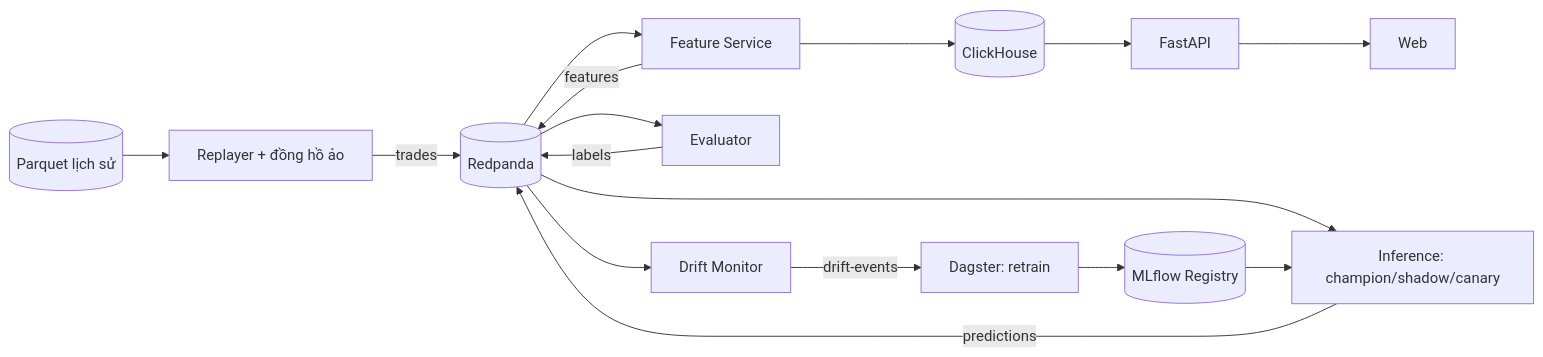
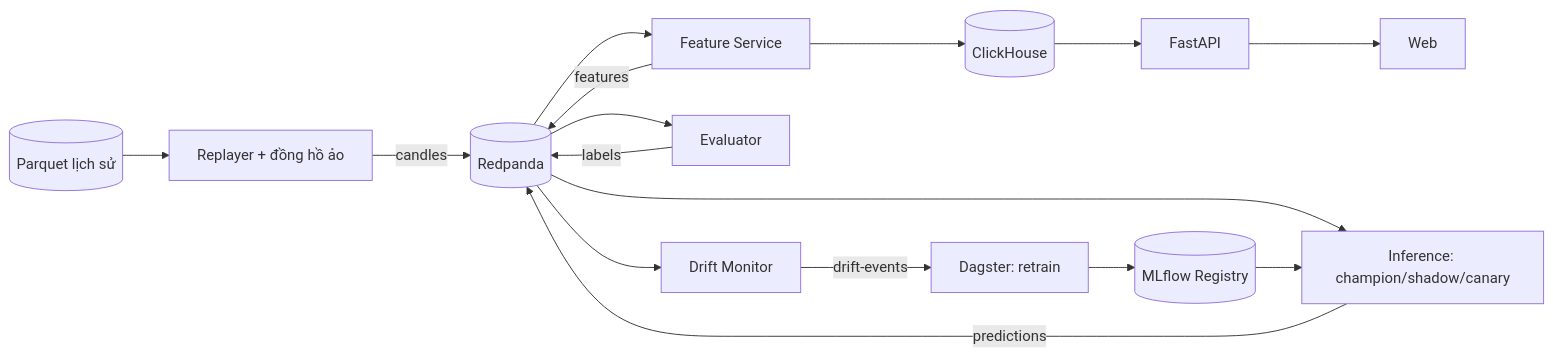
The diagram in docs/architecture/README.md (MinhLight2406/CryptoPulse), drawn with Mermaid before and after one commit. The commit also changed 13 other files, not shown here.

Commit message:
feat(replayer): add candle event schema and replayer

````diff
--- a/docs/architecture/README.md
+++ b/docs/architecture/README.md
@@ -3,18 +3,18 @@
 ```mermaid
 flowchart LR
   P[(Parquet lịch sử)] --> R[Replayer + đồng hồ ảo]
-  R -->|trades| K[(Redpanda)]
+  R -->|candles| K[(Redpanda)]
   K --> F[Feature Service]
   F -->|features| K
   F --> CH[(ClickHouse)]
   K --> I[Inference: champion/shadow/canary]
   ML[(MLflow Registry)] --> I
   I -->|predictions| K
   K --> E[Evaluator]
   E -->|labels| K
   K --> D[Drift Monitor]
   D -->|drift-events| DG[Dagster: retrain]
   DG --> ML
   CH --> API[FastAPI]
   API --> W[Web]
 ```
````
